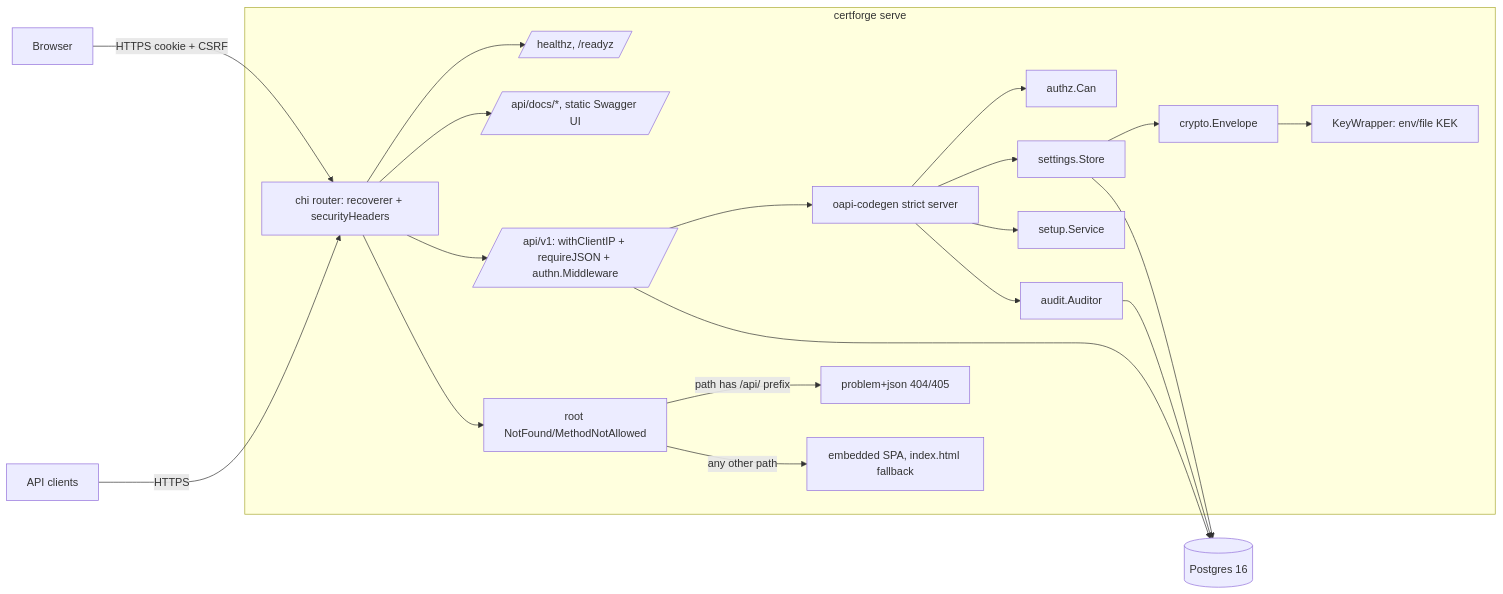
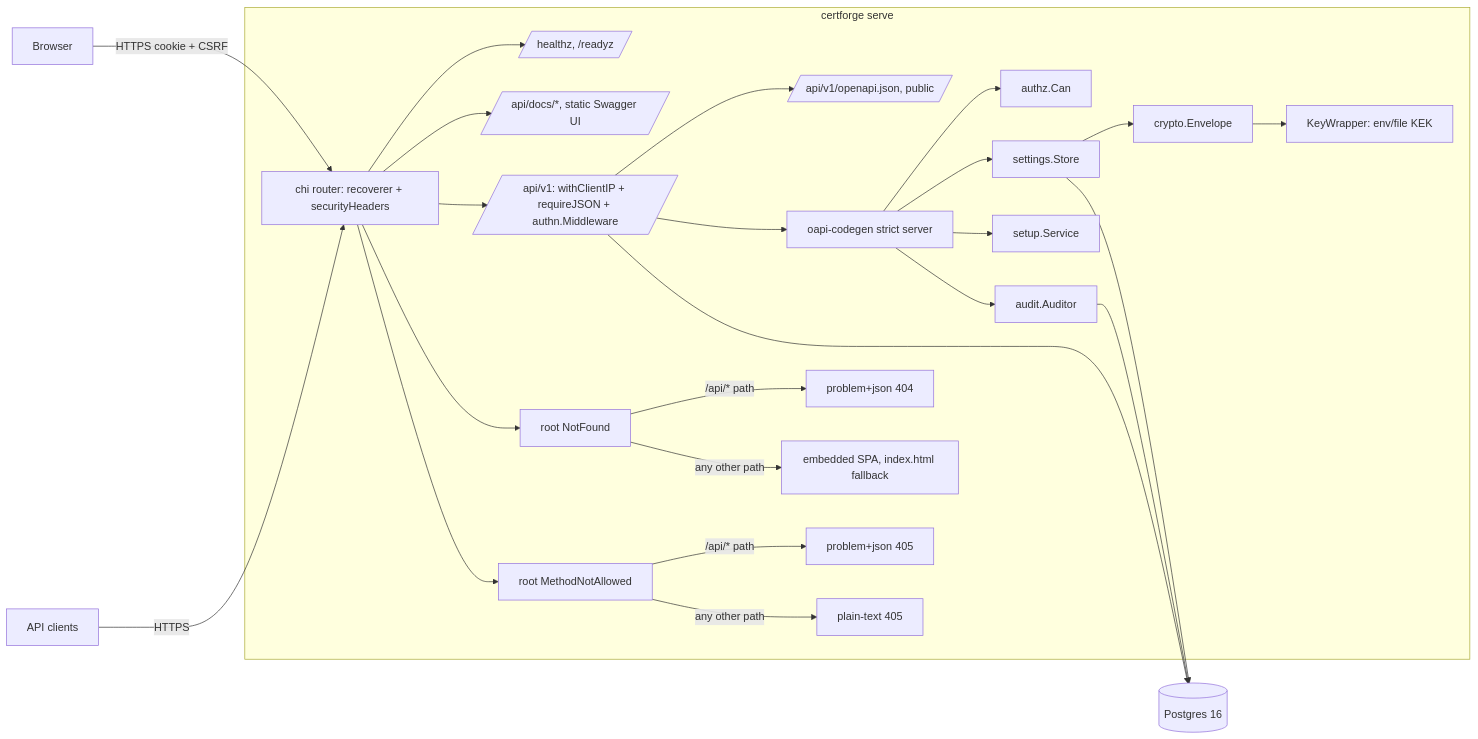
One commit to metril/certforge changed the first of 2 diagrams in docs/architecture.md. Above: the diagram before and after it, drawn with Mermaid. The commit also changed other lines of this file and 3 other files, not shown here.

First line of the commit message:
docs(architecture): correct request-path description; lint and CI polish

````diff
--- a/docs/architecture.md
+++ b/docs/architecture.md
@@ -5,23 +5,27 @@
 ```mermaid
 flowchart LR
   Browser -->|HTTPS cookie + CSRF| Router
   CLI[API clients] -->|HTTPS| Router
   subgraph certforge [certforge serve]
     Router[chi router: recoverer + securityHeaders] --> Health[/healthz, /readyz/]
     Router --> Docs[/api/docs/*, static Swagger UI/]
     Router --> V1[/api/v1: withClientIP + requireJSON + authn.Middleware/]
-    Router --> RootNF[root NotFound/MethodNotAllowed]
+    Router --> RootNF[root NotFound]
+    Router --> RootMNA[root MethodNotAllowed]
+    V1 --> OpenAPI[/api/v1/openapi.json, public/]
     V1 --> Strict[oapi-codegen strict server]
-    RootNF -->|path has /api/ prefix| ProblemJSON[problem+json 404/405]
+    RootNF -->|/api/* path| ProblemJSON404[problem+json 404]
     RootNF -->|any other path| WebUI[embedded SPA, index.html fallback]
+    RootMNA -->|/api/* path| ProblemJSON405[problem+json 405]
+    RootMNA -->|any other path| PlainText405[plain-text 405]
     Strict --> Authz[authz.Can]
     Strict --> Settings[settings.Store]
     Strict --> Setup[setup.Service]
     Strict --> Audit[audit.Auditor]
     Settings --> Envelope[crypto.Envelope]
     Envelope --> KEK[KeyWrapper: env/file KEK]
   end
   V1 --> PG[(Postgres 16)]
   Settings --> PG
   Audit --> PG
 ```
````
